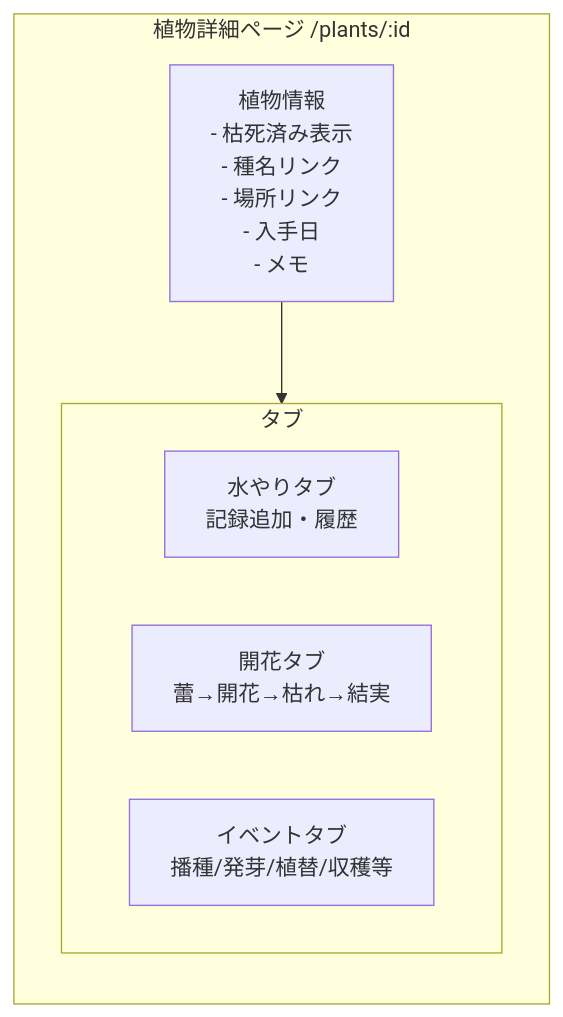
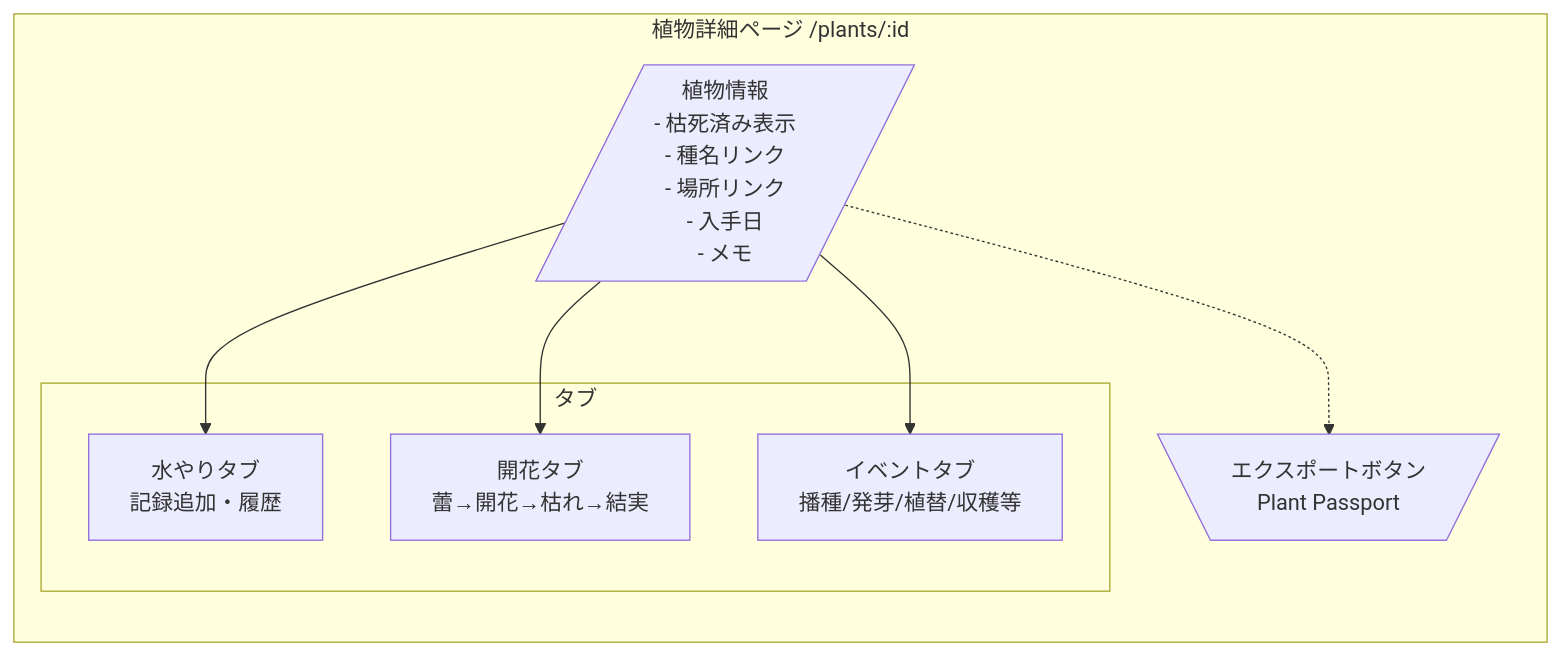
Before and after one commit to flat-lw/plalog: the second of 19 diagrams in docs/app-flow-diagram.md, drawn with Mermaid. The commit also changed other lines of this file and 6 other files, not shown here.

First line of the commit message:
docs: フロー図をテンプレートに基づき全面改訂、仕様書を実装に合わせて更新

````diff
--- a/docs/app-flow-diagram.md
+++ b/docs/app-flow-diagram.md
@@ -51,14 +68,19 @@
 ```mermaid
-flowchart LR
-    subgraph PlantDetail["植物詳細ページ /plants/:id"]
-        Info["植物情報<br>- 枯死済み表示<br>- 種名リンク<br>- 場所リンク<br>- 入手日<br>- メモ"]
+graph LR
+    subgraph "植物詳細ページ /plants/:id"
+        Info[/"植物情報<br/>- 枯死済み表示<br/>- 種名リンク<br/>- 場所リンク<br/>- 入手日<br/>- メモ"/]
 
-        subgraph Tabs["タブ"]
-            WateringTab["水やりタブ<br>記録追加・履歴"]
-            FloweringTab["開花タブ<br>蕾→開花→枯れ→結実"]
-            EventsTab["イベントタブ<br>播種/発芽/植替/収穫等"]
+        subgraph "タブ"
+            WateringTab["水やりタブ<br/>記録追加・履歴"]
+            FloweringTab["開花タブ<br/>蕾→開花→枯れ→結実"]
+            EventsTab["イベントタブ<br/>播種/発芽/植替/収穫等"]
         end
+
+        Export[\"エクスポートボタン<br/>Plant Passport"/]
     end
 
-    Info --> Tabs
+    Info --> WateringTab
+    Info --> FloweringTab
+    Info --> EventsTab
+    Info -.-> Export
 ```
````
